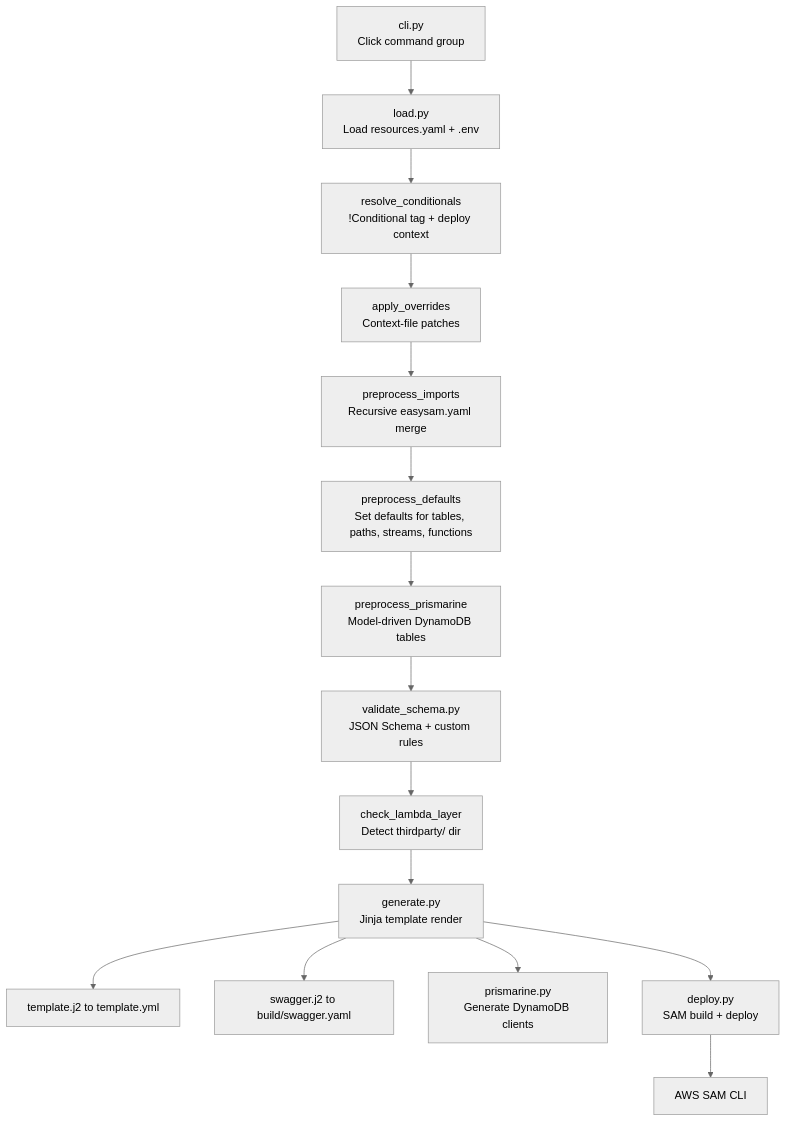
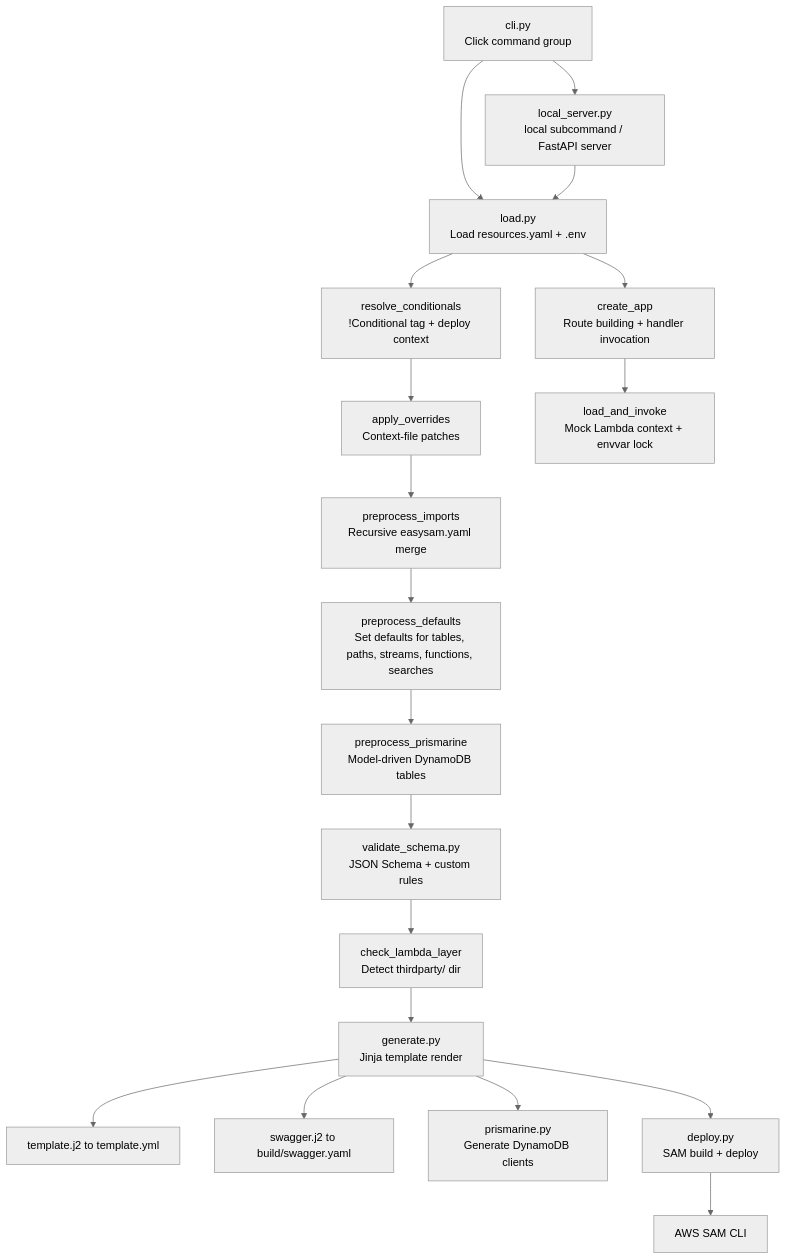
Before and after one commit to scartill/easysam: the diagram in openwiki/architecture/overview.md, drawn with Mermaid (neutral theme). The commit also changed other lines of this file and 33 other files, not shown here.

````diff
--- a/openwiki/architecture/overview.md
+++ b/openwiki/architecture/overview.md
@@ -14,17 +33,22 @@
 ```mermaid
 flowchart TD
     CLI["cli.py\nClick command group"] --> LOAD["load.py\nLoad resources.yaml + .env"]
     LOAD --> COND["resolve_conditionals\n!Conditional tag + deploy context"]
     COND --> OVER["apply_overrides\nContext-file patches"]
     OVER --> IMPORT["preprocess_imports\nRecursive easysam.yaml merge"]
-    IMPORT --> DEFAULTS["preprocess_defaults\nSet defaults for tables, paths, streams, functions"]
+    IMPORT --> DEFAULTS["preprocess_defaults\nSet defaults for tables, paths, streams, functions, searches"]
     DEFAULTS --> PRISM["preprocess_prismarine\nModel-driven DynamoDB tables"]
     PRISM --> VALID["validate_schema.py\nJSON Schema + custom rules"]
     VALID --> LAYER["check_lambda_layer\nDetect thirdparty/ dir"]
     LAYER --> GEN["generate.py\nJinja template render"]
     GEN --> J2["template.j2 to template.yml"]
     GEN --> SWAG["swagger.j2 to build/swagger.yaml"]
     GEN --> PRISMGEN["prismarine.py\nGenerate DynamoDB clients"]
     GEN --> DEPLOY["deploy.py\nSAM build + deploy"]
     DEPLOY --> SAM["AWS SAM CLI"]
+
+    CLI --> LOCAL["local_server.py\nlocal subcommand / FastAPI server"]
+    LOCAL --> LOAD
+    LOAD --> LOCALAPP["create_app\nRoute building + handler invocation"]
+    LOCALAPP --> HANDLER["load_and_invoke\nMock Lambda context + envvar lock"]
 ```
````
